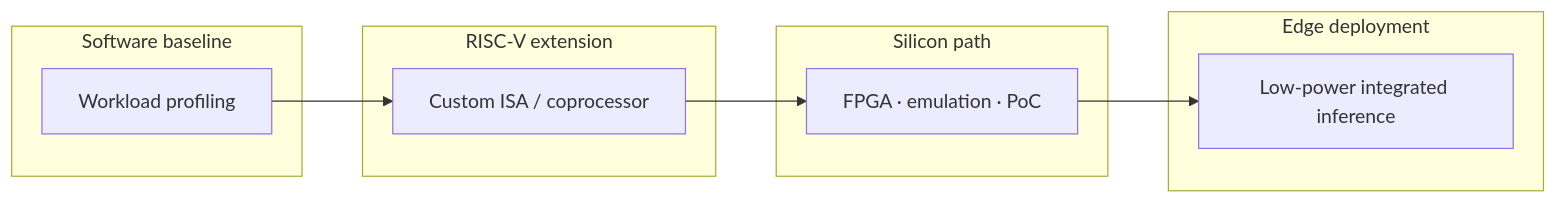
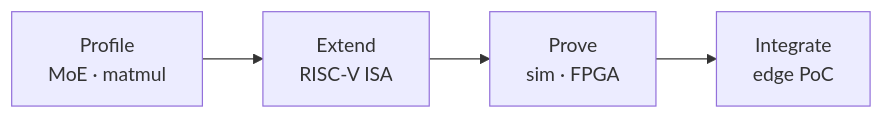
The diagram in profile/README.md (Jinstone-Limited/.github), drawn with Mermaid before and after one commit. The commit also changed other lines of this file, not shown here.

````diff
--- a/profile/README.md
+++ b/profile/README.md
@@ -47,16 +50,6 @@
 ```mermaid
 flowchart LR
-  subgraph sw["Software baseline"]
-    M[Workload profiling]
-  end
-  subgraph isa["RISC-V extension"]
-    X[Custom ISA / coprocessor]
-  end
-  subgraph hw["Silicon path"]
-    F[FPGA · emulation · PoC]
-  end
-  subgraph edge["Edge deployment"]
-    D[Low-power integrated inference]
-  end
-  M --> X --> F --> D
+  P[Profile<br/>MoE · matmul] --> E[Extend<br/>RISC-V ISA]
+  E --> V[Prove<br/>sim · FPGA]
+  V --> I[Integrate<br/>edge PoC]
 ```
````
